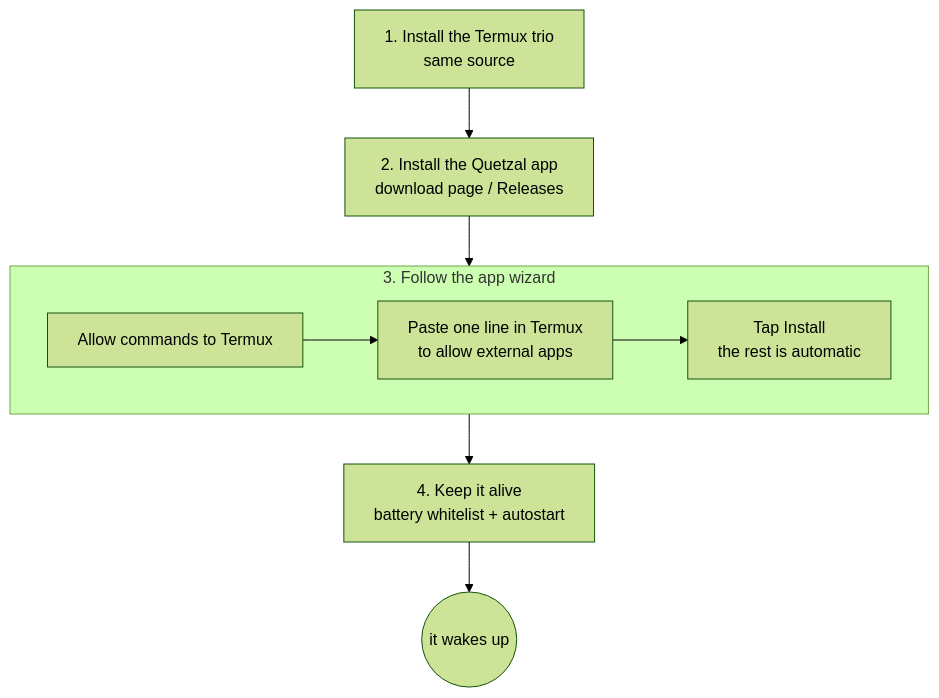
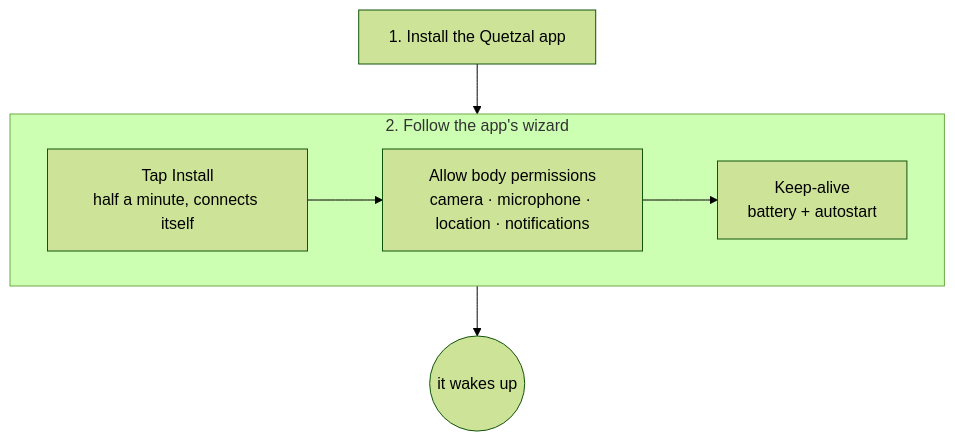
Before and after one commit to Causally-XYZ/Project.Quetzal: the diagram in website/content/docs/en/start/install.md, drawn with Mermaid (forest theme). The commit also changed other lines of this file and 40 other files, not shown here.

Commit message:
文档与官网按「只装一个 App」更新：README、下载页（去掉 Termux 三件套一节，换成三步）、亮点页第 07 条、关于与条款、文档站安装 / 介绍 / 升级 / 排错 / 家目录 / 适配器 / 术语等（中英），模块文档（console 原生组件与构建步骤、runtime 适配器、身体接口说明、QUICK_START 与迁移方法）；CHANGELOG 新增「未发布」小节。须等新版 App 发布后再推送（官网下载的仍是 1.0.3）

````diff
--- a/website/content/docs/en/start/install.md
+++ b/website/content/docs/en/start/install.md
@@ -10,9 +10,9 @@
 ```mermaid
 flowchart TB
-  A["1. Install the Termux trio<br/>same source"] --> B["2. Install the Quetzal app<br/>download page / Releases"] --> C
-  subgraph C["3. Follow the app wizard"]
+  A["1. Install the Quetzal app"] --> C
+  subgraph C["2. Follow the app's wizard"]
     direction LR
-    C1["Allow commands to Termux"] --> C2["Paste one line in Termux<br/>to allow external apps"] --> C3["Tap Install<br/>the rest is automatic"]
+    C1["Tap Install<br/>half a minute, connects itself"] --> C2["Allow body permissions<br/>camera · microphone · location · notifications"] --> C3["Keep-alive<br/>battery + autostart"]
   end
-  C --> D["4. Keep it alive<br/>battery whitelist + autostart"] --> E(("it wakes up"))
+  C --> E(("it wakes up"))
 ```
````
